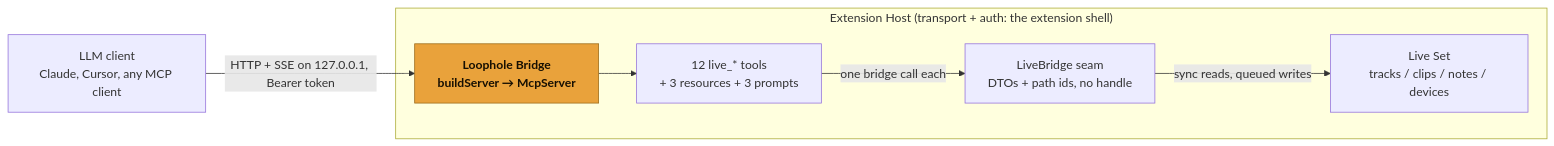
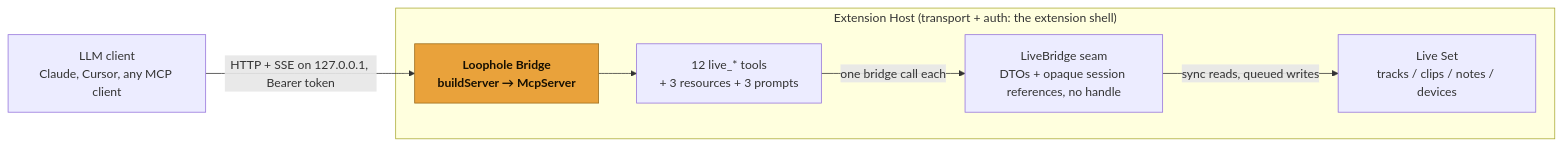
Before and after one commit to OthmanAdi/loophole: the diagram in packages/mcp/README.md, drawn with Mermaid. The commit also changed other lines of this file and 43 other files, not shown here.

````diff
--- a/packages/mcp/README.md
+++ b/packages/mcp/README.md
@@ -23,16 +23,16 @@
 ```mermaid
 flowchart LR
     client["LLM client<br/>Claude, Cursor, any MCP client"]
     subgraph host["Extension Host (transport + auth: the extension shell)"]
         server["Loophole Bridge<br/>buildServer → McpServer"]
         tools["12 live_* tools<br/>+ 3 resources + 3 prompts"]
-        seam["LiveBridge seam<br/>DTOs + path ids, no handle"]
+        seam["LiveBridge seam<br/>DTOs + opaque session references, no handle"]
         set["Live Set<br/>tracks / clips / notes / devices"]
         server --> tools
         tools -- "one bridge call each" --> seam
         seam -- "sync reads, queued writes" --> set
     end
     client -- "HTTP + SSE on 127.0.0.1, Bearer token" --> server
     classDef accent fill:#E9A23B,stroke:#9A6A1A,color:#160F02,font-weight:bold;
     class server accent;
 ```
````
